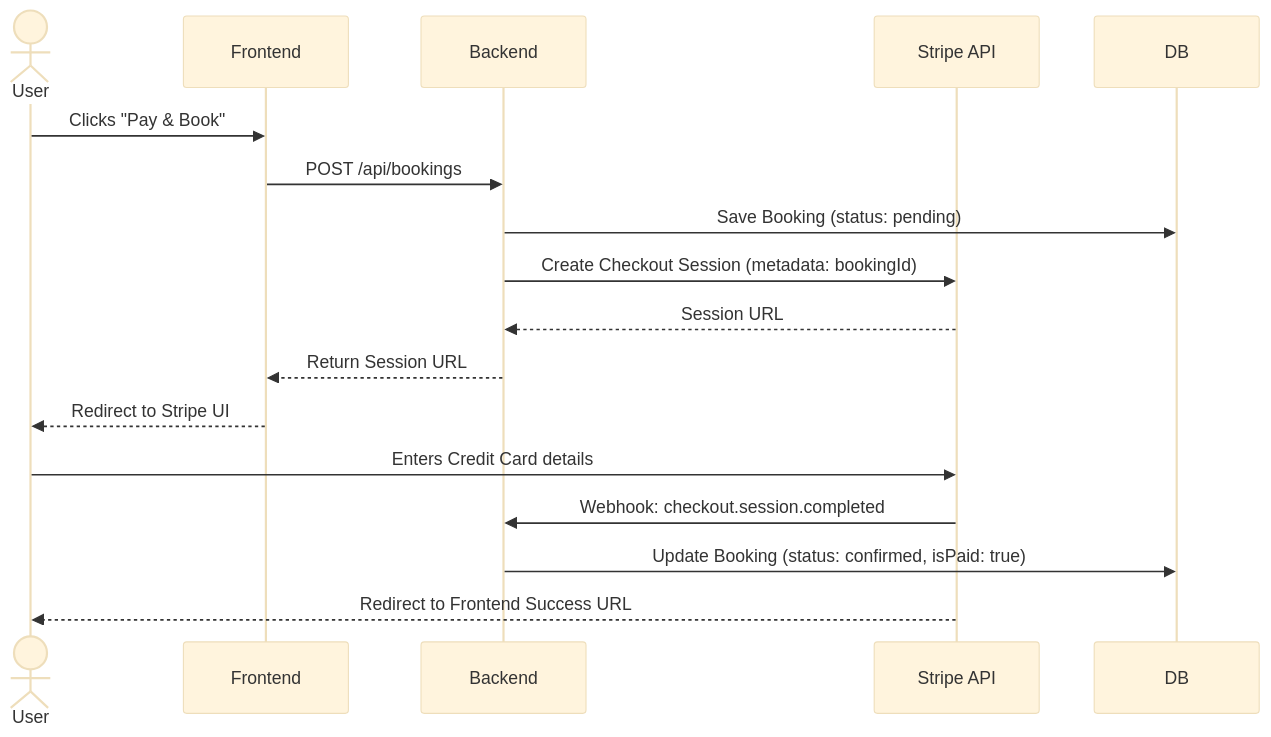
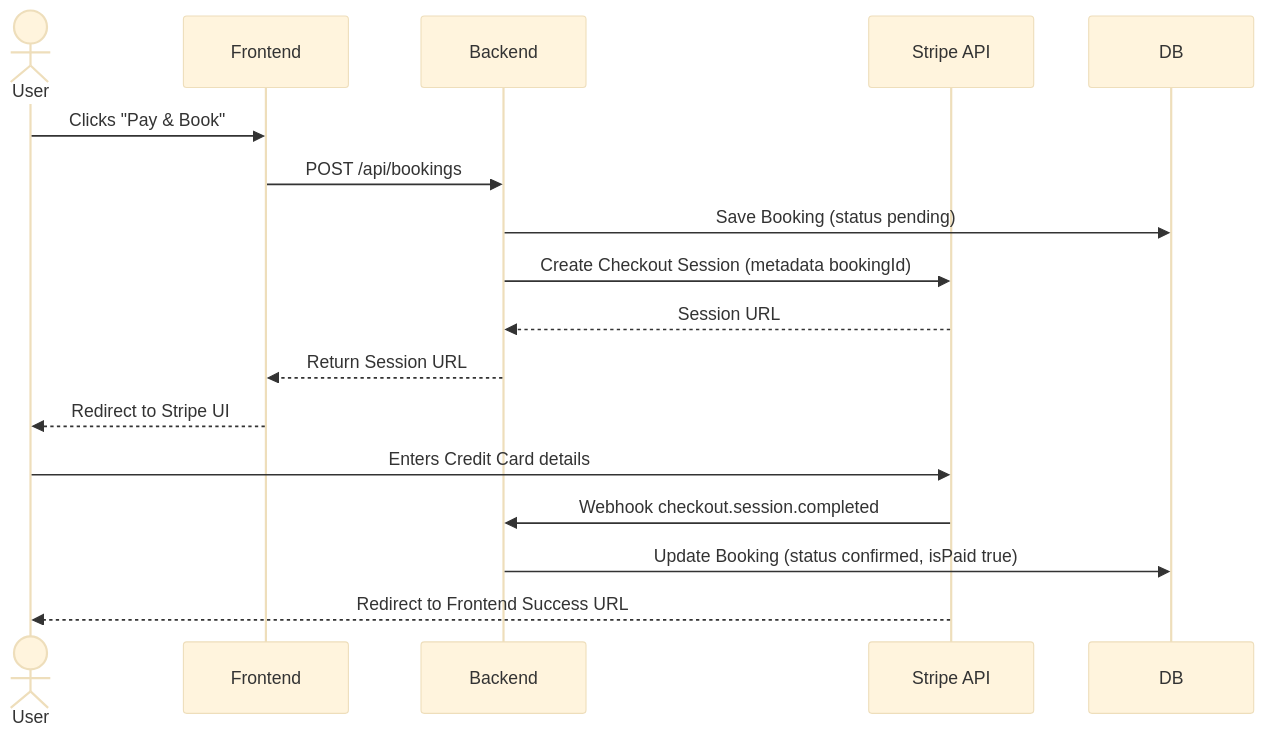
One commit to aks-110/QuickStay changed the seventh of 7 diagrams in README.md. Above: the diagram before and after it, drawn with Mermaid (base theme). The commit also changed other lines of this file, not shown here.

Commit message:
fix mermaid diagram syntax

````diff
--- a/README.md
+++ b/README.md
@@ -229,20 +229,20 @@
 ```mermaid
 sequenceDiagram
     actor User
     participant Frontend
     participant Backend
-    participant Stripe API
+    participant Stripe_API as Stripe API
     participant DB
     
     User->>Frontend: Clicks "Pay & Book"
     Frontend->>Backend: POST /api/bookings
-    Backend->>DB: Save Booking (status: pending)
-    Backend->>Stripe API: Create Checkout Session (metadata: bookingId)
-    Stripe API-->>Backend: Session URL
+    Backend->>DB: Save Booking (status pending)
+    Backend->>Stripe_API: Create Checkout Session (metadata bookingId)
+    Stripe_API-->>Backend: Session URL
     Backend-->>Frontend: Return Session URL
     Frontend-->>User: Redirect to Stripe UI
-    User->>Stripe API: Enters Credit Card details
-    Stripe API->>Backend: Webhook: checkout.session.completed
-    Backend->>DB: Update Booking (status: confirmed, isPaid: true)
-    Stripe API-->>User: Redirect to Frontend Success URL
+    User->>Stripe_API: Enters Credit Card details
+    Stripe_API->>Backend: Webhook checkout.session.completed
+    Backend->>DB: Update Booking (status confirmed, isPaid true)
+    Stripe_API-->>User: Redirect to Frontend Success URL
 ```
````
